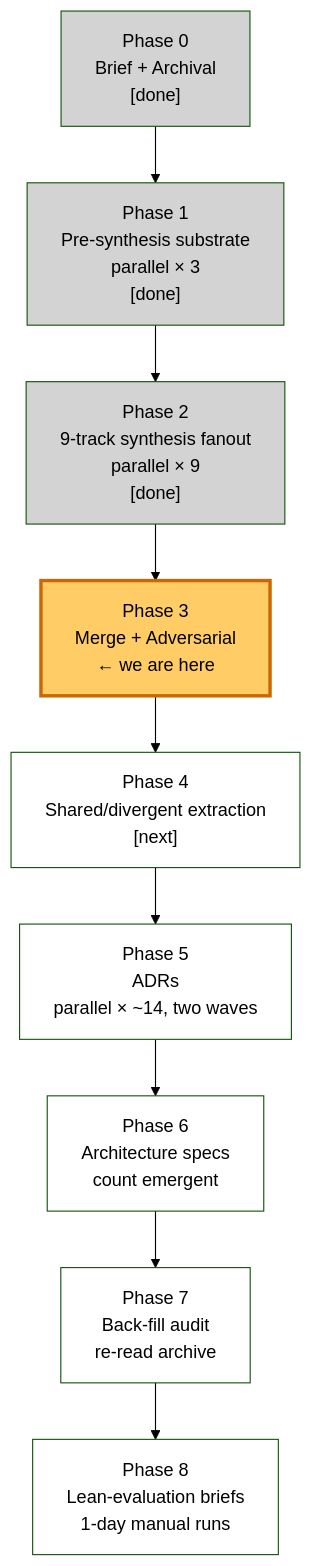
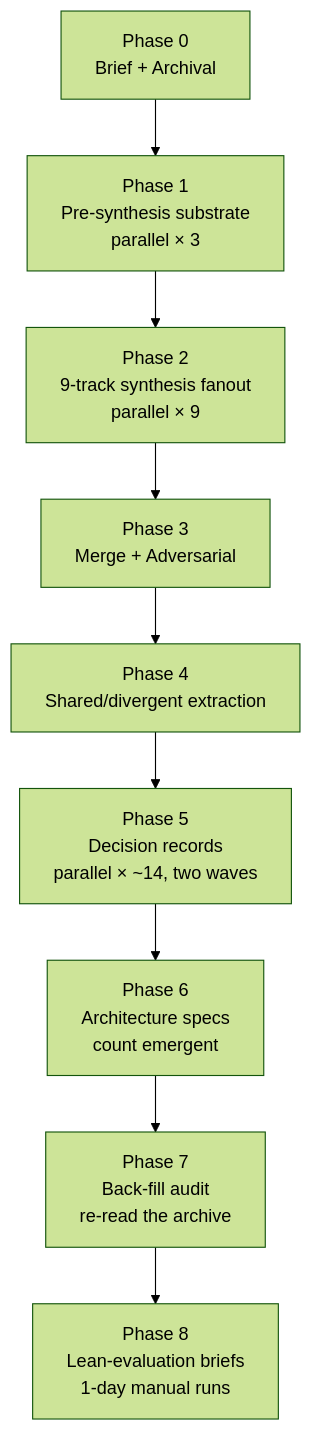
The second of 11 diagrams in research-plan-v3-primer.md (lago-morph/software-factory), drawn with Mermaid (forest theme) before and after one commit. The commit also changed other lines of this file, not shown here.

````diff
--- a/research-plan-v3-primer.md
+++ b/research-plan-v3-primer.md
@@ -47,22 +43,12 @@
 ```mermaid
 flowchart TB
-    P0["Phase 0<br/>Brief + Archival<br/>[done]"] --> P1
-    P1["Phase 1<br/>Pre-synthesis substrate<br/>parallel × 3<br/>[done]"] --> P2
-    P2["Phase 2<br/>9-track synthesis fanout<br/>parallel × 9<br/>[done]"] --> P3
-    P3["Phase 3<br/>Merge + Adversarial<br/>← we are here"] --> P4
-    P4["Phase 4<br/>Shared/divergent extraction<br/>[next]"] --> P5
-    P5["Phase 5<br/>ADRs<br/>parallel × ~14, two waves"] --> P6
+    P0["Phase 0<br/>Brief + Archival"] --> P1
+    P1["Phase 1<br/>Pre-synthesis substrate<br/>parallel × 3"] --> P2
+    P2["Phase 2<br/>9-track synthesis fanout<br/>parallel × 9"] --> P3
+    P3["Phase 3<br/>Merge + Adversarial"] --> P4
+    P4["Phase 4<br/>Shared/divergent extraction"] --> P5
+    P5["Phase 5<br/>Decision records<br/>parallel × ~14, two waves"] --> P6
     P6["Phase 6<br/>Architecture specs<br/>count emergent"] --> P7
-    P7["Phase 7<br/>Back-fill audit<br/>re-read archive"] --> P8
+    P7["Phase 7<br/>Back-fill audit<br/>re-read the archive"] --> P8
     P8["Phase 8<br/>Lean-evaluation briefs<br/>1-day manual runs"]
-
-    style P0 fill:#d3d3d3,color:#000
-    style P1 fill:#d3d3d3,color:#000
-    style P2 fill:#d3d3d3,color:#000
-    style P3 fill:#ffcc66,color:#000,stroke:#cc6600,stroke-width:3px
-    style P4 fill:#ffffff,color:#000
-    style P5 fill:#ffffff,color:#000
-    style P6 fill:#ffffff,color:#000
-    style P7 fill:#ffffff,color:#000
-    style P8 fill:#ffffff,color:#000
 ```
````
